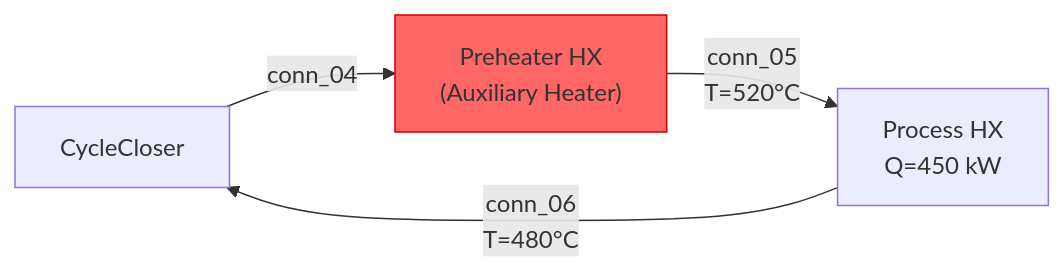
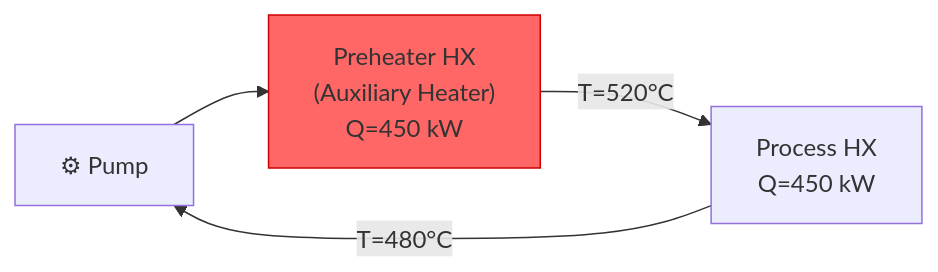
One commit to iwolde/pbtes-sim changed diagram 12 of 17 in insumos paper/PLANT_LAYOUTS_AND_MODES.md. Above: the diagram before and after it, drawn with Mermaid. The commit also changed other lines of this file and 1 other file, not shown here.

````diff
--- a/insumos paper/PLANT_LAYOUTS_AND_MODES.md
+++ b/insumos paper/PLANT_LAYOUTS_AND_MODES.md
@@ -381,8 +425,8 @@
 ```mermaid
 graph LR
-    CC["CycleCloser"] -->|conn_04| PH["Preheater HX<br/>(Auxiliary Heater)"]
-    PH -->|conn_05<br/>T=520°C| PR["Process HX<br/>Q=450 kW"]
-    PR -->|conn_06<br/>T=480°C| CC
+    P1["⚙ Pump"] --> PH["Preheater HX<br/>(Auxiliary Heater)<br/>Q=450 kW"]
+    PH -->|"T=520°C"| PR["Process HX<br/>Q=450 kW"]
+    PR -->|"T=480°C"| P1
 
     style PH fill:#f66,stroke:#c00
 ```
````
